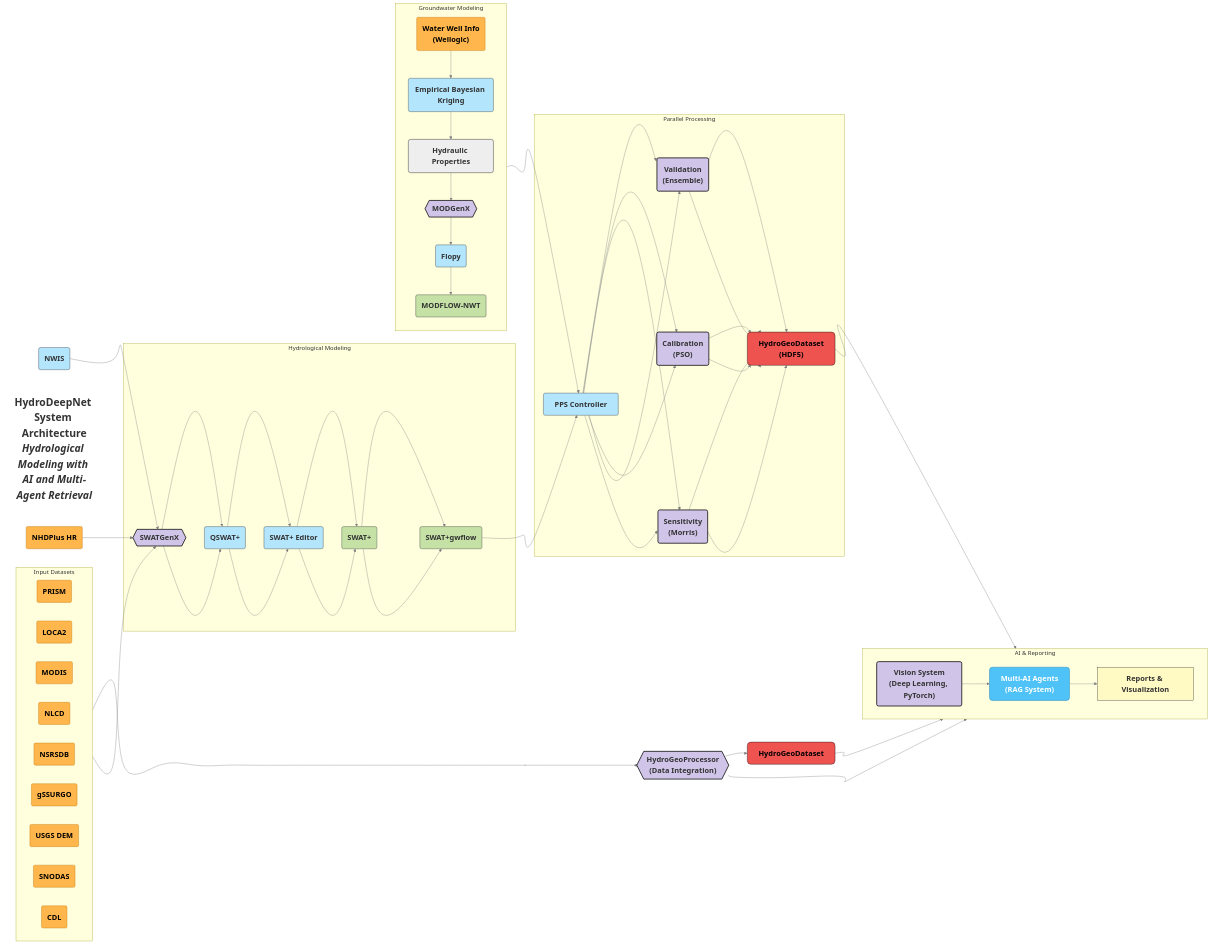
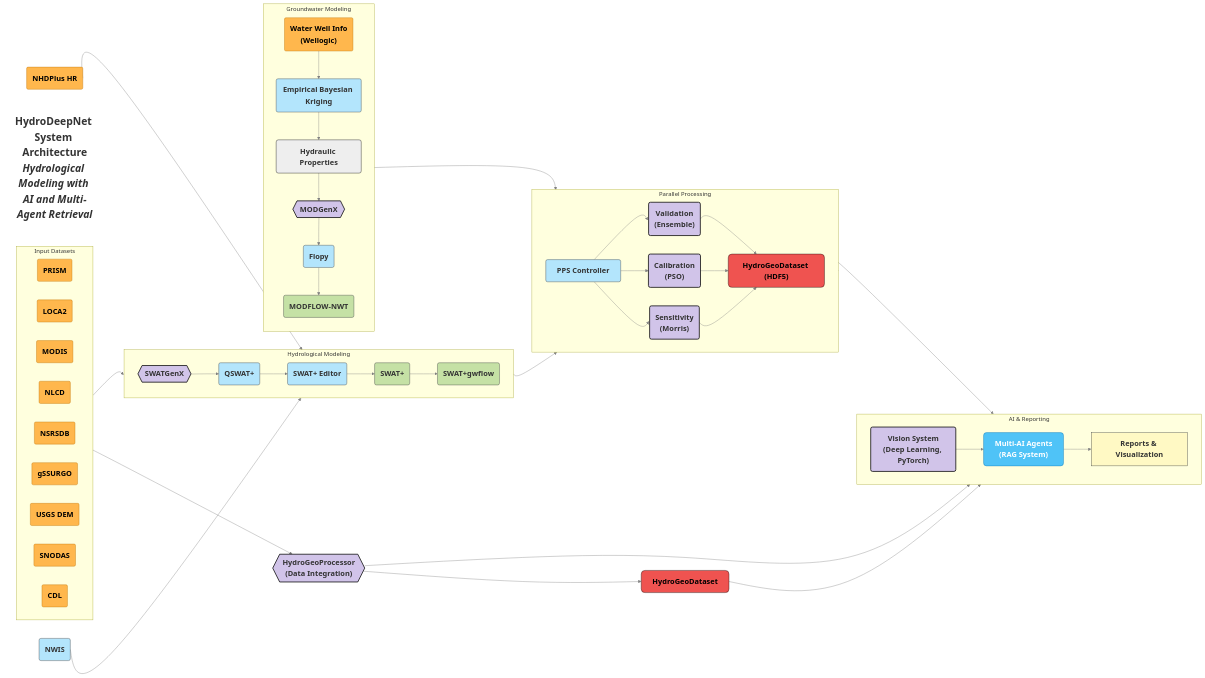
One commit to VahidMSU/HydroDeepNet changed the diagram in README.md. Above: the diagram before and after it, drawn with Mermaid.

Commit message:
Fix Mermaid rendering issue

````diff
--- a/README.md
+++ b/README.md
@@ -19,5 +19,5 @@
 ```mermaid
-%%{init: {'theme': 'default', 'flowchart': {'curve': 'natural', 'diagramPadding': 20}, 'themeVariables': {'fontSize': '16px', 'fontFamily': 'arial'}}}%%
+%%{init: {'theme': 'default', 'flowchart': {'curve': 'natural', 'diagramPadding': 5}, 'themeVariables': {'fontSize': '16px', 'fontFamily': 'arial'}}}%%
 graph LR
     title["<b>HydroDeepNet System Architecture</b><br><i>Hydrological Modeling with AI and Multi-Agent Retrieval</i>"]:::title
 
@@ -43,9 +43,14 @@
     NWIS("NWIS"):::existing
     NHDPlusHR("NHDPlus HR"):::datasource
 
-    %% 3. HYDROLOGICAL MODELING - More compact arrangement
+    %% 3. HYDROLOGICAL MODELING
     subgraph Hydrological_Modeling["Hydrological Modeling"]
-        SWATGenX{{SWATGenX}}:::developed --> QSWATPlus("QSWAT+"):::existing --> SWATPlusEditor("SWAT+ Editor"):::existing --> SWATPlus("SWAT+"):::models --> SWATPlusGwflow("SWAT+gwflow"):::models
+    direction LR
+        SWATGenX{{SWATGenX}}:::developed
+        QSWATPlus("QSWAT+"):::existing
+        SWATPlusEditor("SWAT+ Editor"):::existing
+        SWATPlus("SWAT+"):::models
+        SWATPlusGwflow("SWAT+gwflow"):::models
     end
 
     %% GROUNDWATER MODELING
@@ -59,12 +64,14 @@
         MODFLOWNWT("MODFLOW-NWT"):::models
     end
 
-    %% 4. PARALLEL PROCESSING - More compact arrangement
+    %% 4. PARALLEL PROCESSING
     subgraph Parallel_Processing["Parallel Processing"]
-        PPS["PPS Controller"]:::existing --> Validation("Validation<br>(Ensemble)"):::developed
-        PPS --> Calibration("Calibration<br>(PSO)"):::developed
-        PPS --> Sensitivity("Sensitivity<br>(Morris)"):::developed
-        Validation & Calibration & Sensitivity --> hydroGeoHDFCyl["HydroGeoDataset<br>(HDF5)"]:::storage
+    direction LR
+        PPS["PPS Controller"]:::existing
+        Validation("Validation<br>(Ensemble)"):::developed
+        Calibration("Calibration<br>(PSO)"):::developed
+        Sensitivity("Sensitivity<br>(Morris)"):::developed
+        hydroGeoHDFCyl["HydroGeoDataset (HDF5)"]:::storage
     end
 
     %% 5. AI & REPORTING
````
